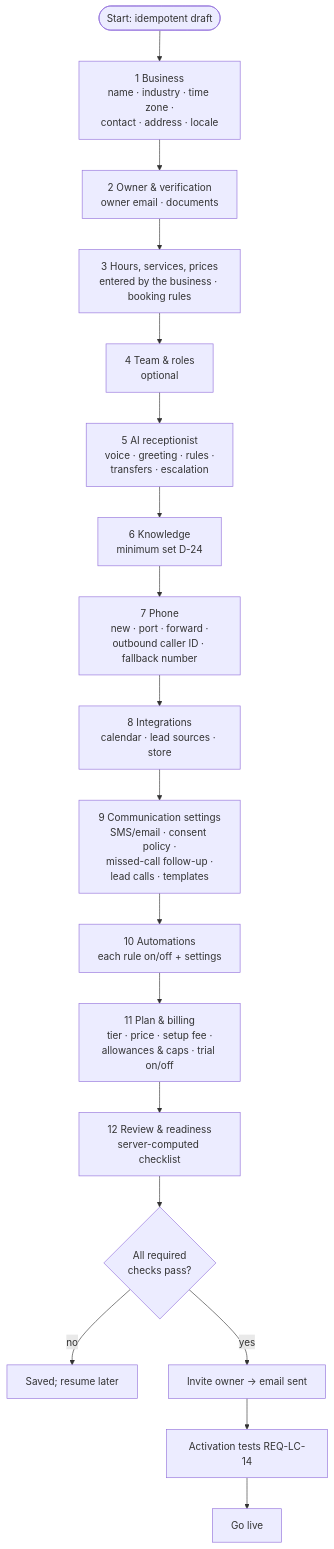
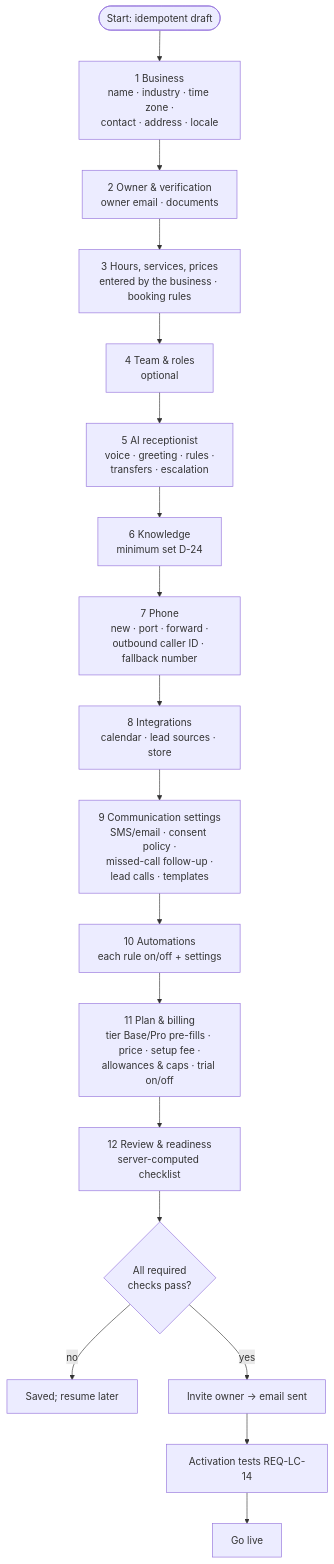
One commit to singhdhruv525-source/Zella-AI changed diagram 20 of 23 in docs/ARCHITECTURE.md. Above: the diagram before and after it, drawn with Mermaid. The commit also changed other lines of this file and 2 other files, not shown here.

First line of the commit message:
Docs: plan tiers are Base and Pro, as starting points for custom plans

````diff
--- a/docs/ARCHITECTURE.md
+++ b/docs/ARCHITECTURE.md
@@ -1695,18 +1695,18 @@
 ```mermaid
 flowchart TD
   s([Start: idempotent draft]) --> b[1 Business<br/>name · industry · time zone ·<br/>contact · address · locale]
   b --> o[2 Owner & verification<br/>owner email · documents]
   o --> h[3 Hours, services, prices<br/>entered by the business · booking rules]
   h --> t[4 Team & roles<br/>optional]
   t --> r[5 AI receptionist<br/>voice · greeting · rules ·<br/>transfers · escalation]
   r --> k[6 Knowledge<br/>minimum set D-24]
   k --> p[7 Phone<br/>new · port · forward ·<br/>outbound caller ID · fallback number]
   p --> i[8 Integrations<br/>calendar · lead sources · store]
   i --> c[9 Communication settings<br/>SMS/email · consent policy ·<br/>missed-call follow-up ·<br/>lead calls · templates]
   c --> a[10 Automations<br/>each rule on/off + settings]
-  a --> pl[11 Plan & billing<br/>tier · price · setup fee ·<br/>allowances & caps · trial on/off]
+  a --> pl[11 Plan & billing<br/>tier Base/Pro pre-fills · price · setup fee ·<br/>allowances & caps · trial on/off]
   pl --> rv[12 Review & readiness<br/>server-computed checklist]
   rv --> act{All required<br/>checks pass?}
   act -- no --> save[Saved; resume later]
   act -- yes --> inv[Invite owner → email sent] --> test[Activation tests REQ-LC-14] --> live[Go live]
 ```
````
